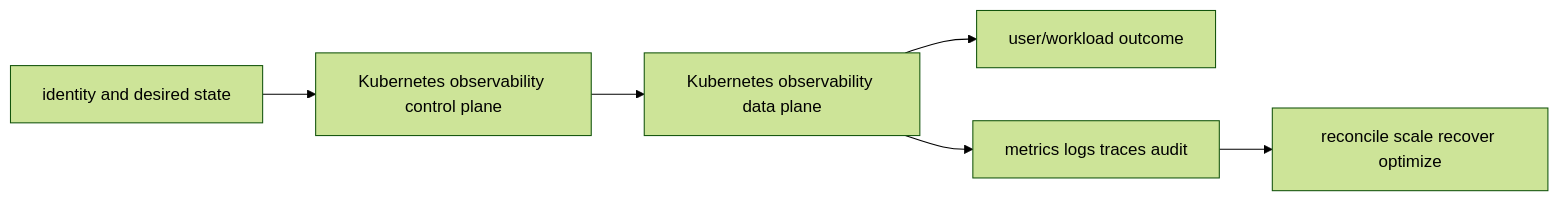
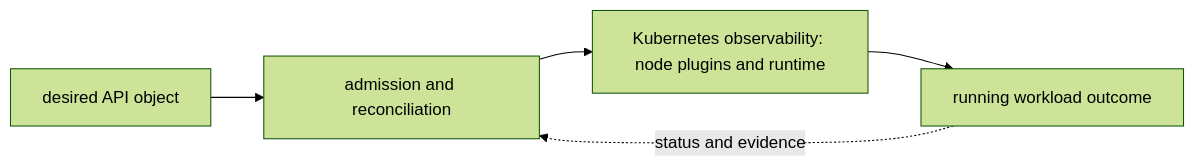
One commit to tomkidumbuyo/DevOps-interview-preparation changed the diagram in 06-kubernetes/08-operations/01-observability/README.md. Above: the diagram before and after it, drawn with Mermaid (forest theme). The commit also changed other lines of this file and 753 other files, not shown here.

````diff
--- a/06-kubernetes/08-operations/01-observability/README.md
+++ b/06-kubernetes/08-operations/01-observability/README.md
@@ -19,8 +31,7 @@
 ```mermaid
 flowchart LR
-  I[identity and desired state] --> C[Kubernetes observability control plane]
-  C --> D[Kubernetes observability data plane]
-  D --> U[user/workload outcome]
-  D --> O[metrics logs traces audit]
-  O --> R[reconcile scale recover optimize]
+  A["desired API object"] --> B["admission and reconciliation"]
+  B --> C["Kubernetes observability: node plugins and runtime"]
+  C --> D["running workload outcome"]
+  D -. "status and evidence" .-> B
 ```
````
